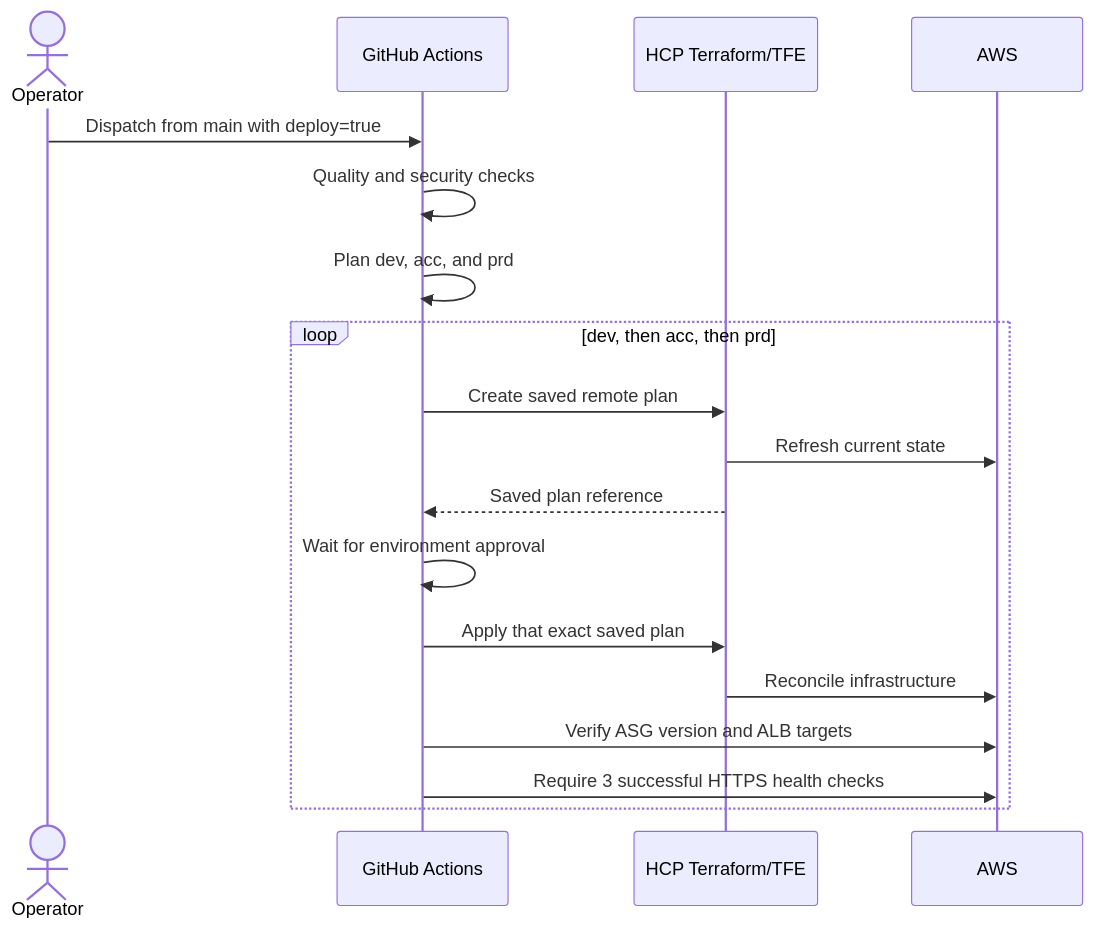
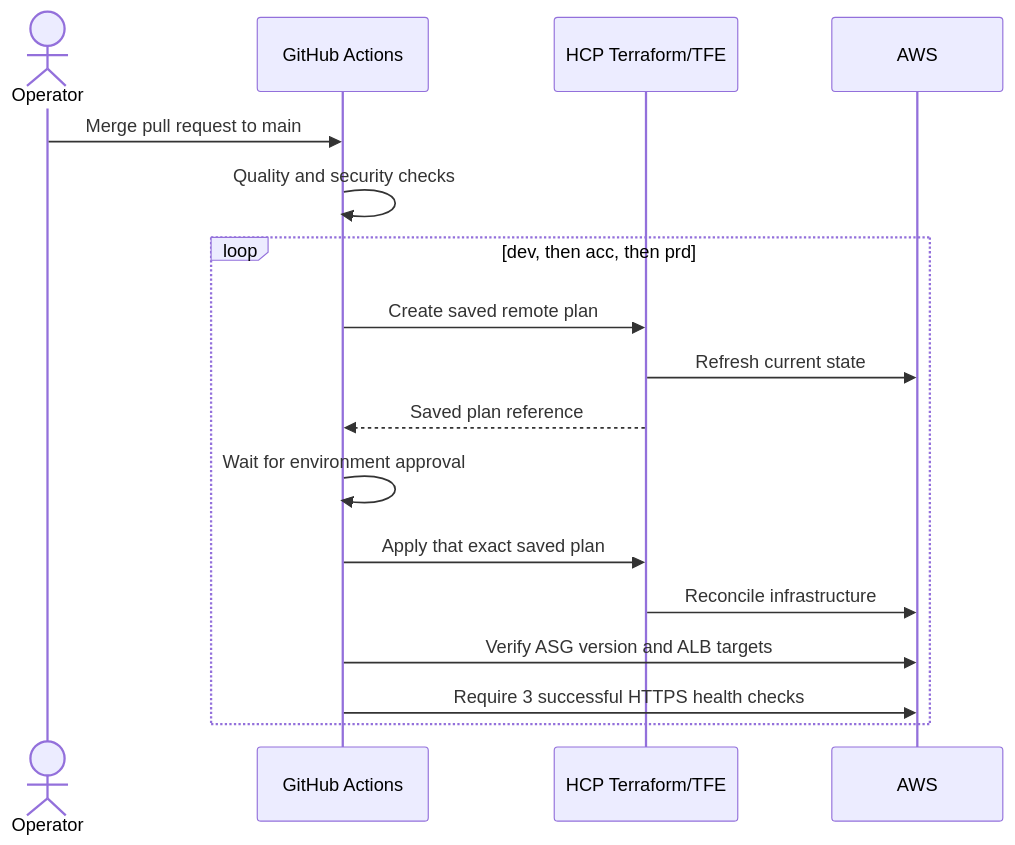
One commit to dxnishG/AWS-Multi-Env-Terraform-Template changed the second of 2 diagrams in README.md. Above: the diagram before and after it, drawn with Mermaid. The commit also changed other lines of this file and 1 other file, not shown here.

```diff
--- a/README.md
+++ b/README.md
@@ -263,21 +264,20 @@
 ~~~mermaid
 sequenceDiagram
     actor Operator
     participant GH as GitHub Actions
     participant TF as HCP Terraform/TFE
     participant AWS
 
-    Operator->>GH: Dispatch from main with deploy=true
+    Operator->>GH: Merge pull request to main
     GH->>GH: Quality and security checks
-    GH->>GH: Plan dev, acc, and prd
     loop dev, then acc, then prd
         GH->>TF: Create saved remote plan
         TF->>AWS: Refresh current state
         TF-->>GH: Saved plan reference
         GH->>GH: Wait for environment approval
         GH->>TF: Apply that exact saved plan
         TF->>AWS: Reconcile infrastructure
         GH->>AWS: Verify ASG version and ALB targets
         GH->>AWS: Require 3 successful HTTPS health checks
     end
 ~~~
```
